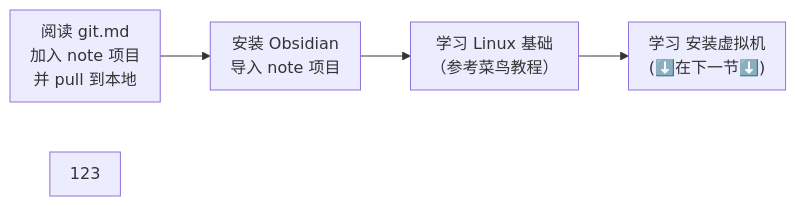
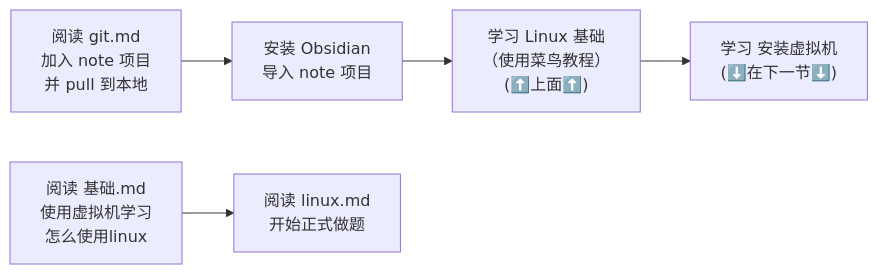
The first of 2 diagrams in linux_note/README_linux.md (ICrazybabyI/note), drawn with Mermaid before and after one commit. The commit also changed 2 other files, not shown here.

Commit message:
vault backup: 2026-06-17 09:35:02

````diff
--- a/linux_note/README_linux.md
+++ b/linux_note/README_linux.md
@@ -11,15 +11,16 @@
 ```mermaid
-%%{init: {'flowchart': {'width': 100,'padding':10},'theme':'default'}}%%
-
 
 graph LR
     A["阅读 git.md<br/>加入 note 项目<br/>并 pull 到本地"]
     B["安装 Obsidian<br/>导入 note 项目"]
-    C["学习 Linux 基础<br/>（参考菜鸟教程）"]
+    C["学习 Linux 基础<br/>（使用菜鸟教程）<br/>(⬆️上面⬆️)"]
     D["学习 安装虚拟机<br/> (⬇️在下一节⬇️)"]
-	E["123"]
+	E["阅读 基础.md <br/> 使用虚拟机学习 <br/>怎么使用linux"]
+	F["阅读 linux.md <br/>开始正式做题"]
+	
     A --> B --> C --> D
-	E
+	E --> F
+	
 click A href "http://192.168.31.245:8989/wlyw/note/-/blob/main/linux_note/git.md" _blank
 click C href "http://192.168.31.245:8083/"
 ```
````
